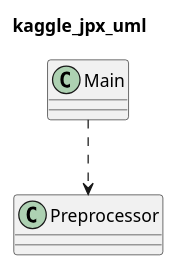
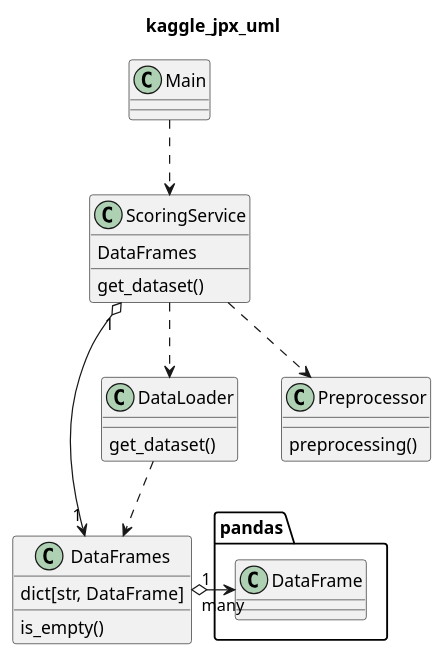
One commit to taketomogi/kaggle-jpx changed the diagram in uml/220504_jpx_uml.pu. Above: the diagram before and after it, drawn with PlantUML. The commit also changed 10 other files, not shown here.

```diff
--- a/uml/220504_jpx_uml.pu
+++ b/uml/220504_jpx_uml.pu
@@ -1,11 +1,38 @@
 @startuml kaggle_jpx_uml{Association.png} 
 
 title kaggle_jpx_uml
 
 
 class Main
-class Preprocessor
+class ScoringService{
+    DataFrames
+    get_dataset()
+}
 
-Main ..> Preprocessor
+class DataFrames{
+    dict[str, DataFrame]
+    is_empty()
+}
+
+class DataLoader{
+    get_dataset()
+}
+
+class Preprocessor{
+    preprocessing()
+}
+
+package pandas{
+    class DataFrame
+}
+
+Main ..> ScoringService
+ScoringService "1" o-right-> "1" DataFrames
+DataFrames "1" o-right-> "many" DataFrame
+
+ScoringService ..> DataLoader
+ScoringService ..> Preprocessor
+
+DataLoader ..> DataFrames
 
 @enduml
```
